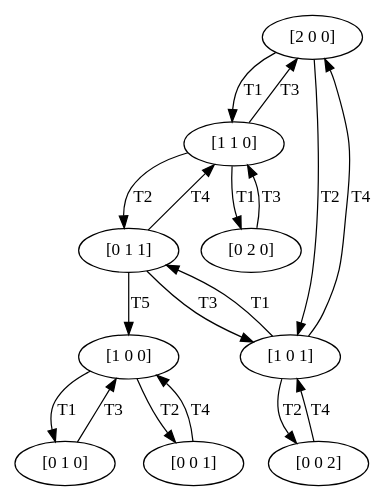
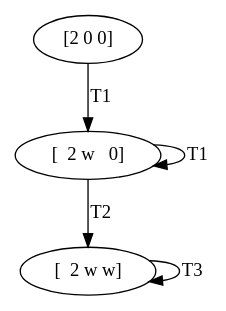
Before and after one commit to Ivanrs297/Petri-Net-python: the diagram in Digraph.gv, drawn with Graphviz. The commit also changed 6 other files, not shown here.

```diff
--- a/Digraph.gv
+++ b/Digraph.gv
@@ -1,65 +1,19 @@
 // Reach Graph
 strict digraph {
 	size="8,5"
 	"[2 0 0]" [label="[2 0 0]"]
-	"[1 1 0]" [label="[1 1 0]"]
-	"[2 0 0]" -> "[1 1 0]" [label=T1]
-	"[1 0 1]" [label="[1 0 1]"]
-	"[2 0 0]" -> "[1 0 1]" [label=T2]
-	"[1 1 0]" [label="[1 1 0]"]
-	"[0 2 0]" [label="[0 2 0]"]
-	"[1 1 0]" -> "[0 2 0]" [label=T1]
-	"[0 1 1]" [label="[0 1 1]"]
-	"[1 1 0]" -> "[0 1 1]" [label=T2]
-	"[2 0 0]" [label="[2 0 0]"]
-	"[1 1 0]" -> "[2 0 0]" [label=T3]
-	"[1 0 1]" [label="[1 0 1]"]
-	"[0 1 1]" [label="[0 1 1]"]
-	"[1 0 1]" -> "[0 1 1]" [label=T1]
-	"[0 0 2]" [label="[0 0 2]"]
-	"[1 0 1]" -> "[0 0 2]" [label=T2]
-	"[2 0 0]" [label="[2 0 0]"]
-	"[1 0 1]" -> "[2 0 0]" [label=T4]
-	"[0 2 0]" [label="[0 2 0]"]
-	"[1 1 0]" [label="[1 1 0]"]
-	"[0 2 0]" -> "[1 1 0]" [label=T3]
-	"[0 1 1]" [label="[0 1 1]"]
-	"[1 0 1]" [label="[1 0 1]"]
-	"[0 1 1]" -> "[1 0 1]" [label=T3]
-	"[1 1 0]" [label="[1 1 0]"]
-	"[0 1 1]" -> "[1 1 0]" [label=T4]
-	"[1 0 0]" [label="[1 0 0]"]
-	"[0 1 1]" -> "[1 0 0]" [label=T5]
-	"[0 1 1]" [label="[0 1 1]"]
-	"[1 0 1]" [label="[1 0 1]"]
-	"[0 1 1]" -> "[1 0 1]" [label=T3]
-	"[1 1 0]" [label="[1 1 0]"]
-	"[0 1 1]" -> "[1 1 0]" [label=T4]
-	"[1 0 0]" [label="[1 0 0]"]
-	"[0 1 1]" -> "[1 0 0]" [label=T5]
-	"[0 0 2]" [label="[0 0 2]"]
-	"[1 0 1]" [label="[1 0 1]"]
-	"[0 0 2]" -> "[1 0 1]" [label=T4]
-	"[1 0 0]" [label="[1 0 0]"]
-	"[0 1 0]" [label="[0 1 0]"]
-	"[1 0 0]" -> "[0 1 0]" [label=T1]
-	"[0 0 1]" [label="[0 0 1]"]
-	"[1 0 0]" -> "[0 0 1]" [label=T2]
-	"[1 0 0]" [label="[1 0 0]"]
-	"[0 1 0]" [label="[0 1 0]"]
-	"[1 0 0]" -> "[0 1 0]" [label=T1]
-	"[0 0 1]" [label="[0 0 1]"]
-	"[1 0 0]" -> "[0 0 1]" [label=T2]
-	"[0 1 0]" [label="[0 1 0]"]
-	"[1 0 0]" [label="[1 0 0]"]
-	"[0 1 0]" -> "[1 0 0]" [label=T3]
-	"[0 0 1]" [label="[0 0 1]"]
-	"[1 0 0]" [label="[1 0 0]"]
-	"[0 0 1]" -> "[1 0 0]" [label=T4]
-	"[0 1 0]" [label="[0 1 0]"]
-	"[1 0 0]" [label="[1 0 0]"]
-	"[0 1 0]" -> "[1 0 0]" [label=T3]
-	"[0 0 1]" [label="[0 0 1]"]
-	"[1 0 0]" [label="[1 0 0]"]
-	"[0 0 1]" -> "[1 0 0]" [label=T4]
+	"[  2 w   0]" [label="[  2 w   0]"]
+	"[2 0 0]" -> "[  2 w   0]" [label=T1]
+	"[  2 w   0]" [label="[  2 w   0]"]
+	"[  2 w   0]" [label="[  2 w   0]"]
+	"[  2 w   0]" -> "[  2 w   0]" [label=T1]
+	"[  2 w w]" [label="[  2 w w]"]
+	"[  2 w   0]" -> "[  2 w w]" [label=T2]
+	"[  2 w w]" [label="[  2 w w]"]
+	"[  2 w w]" [label="[  2 w w]"]
+	"[  2 w w]" -> "[  2 w w]" [label=T1]
+	"[  2 w w]" [label="[  2 w w]"]
+	"[  2 w w]" -> "[  2 w w]" [label=T2]
+	"[  2 w w]" [label="[  2 w w]"]
+	"[  2 w w]" -> "[  2 w w]" [label=T3]
 }
```
